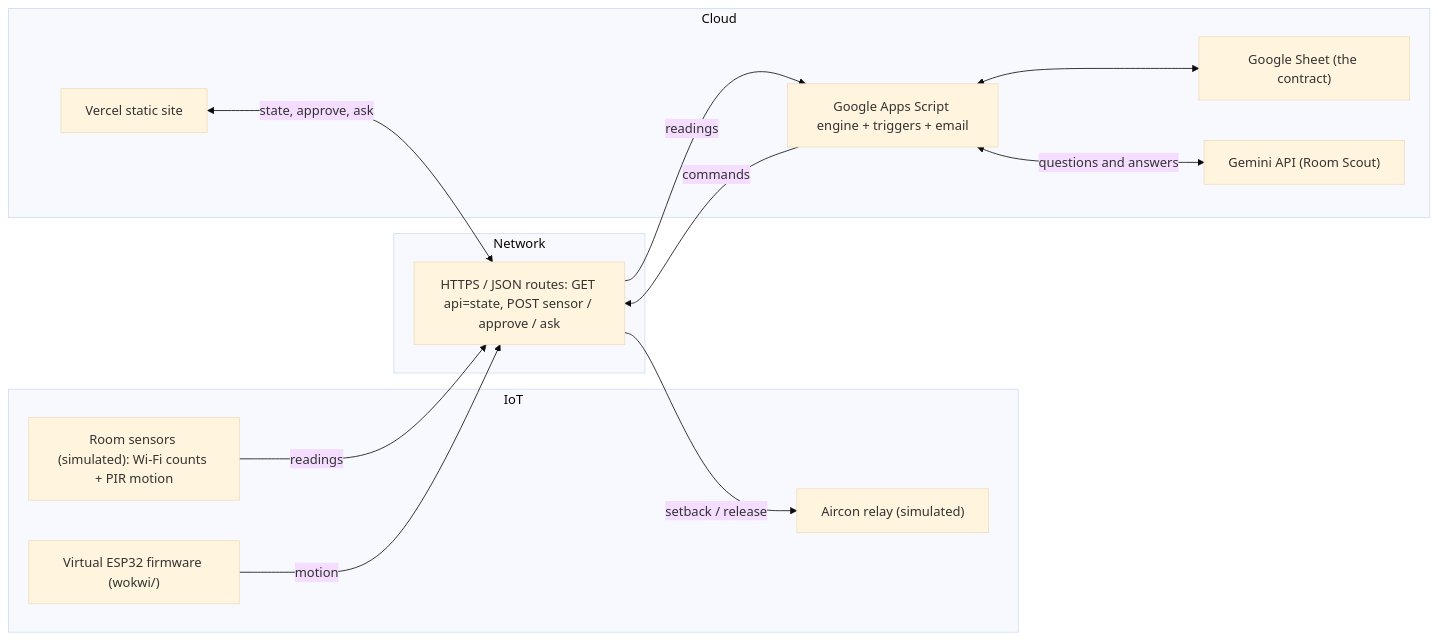
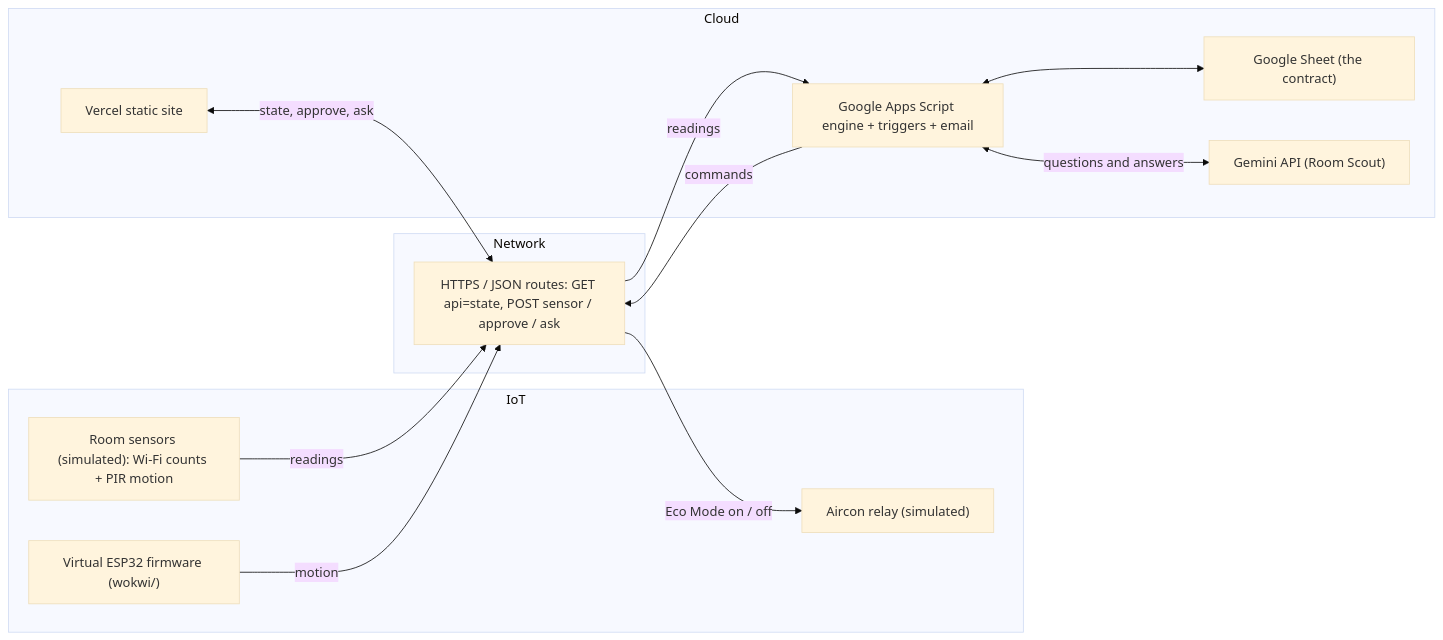
Before and after one commit to Infinite-Unknown/ghostroom: the diagram in README.md, drawn with Mermaid (base theme). The commit also changed other lines of this file and 5 other files, not shown here.

First line of the commit message:
Site redesign: Room Scout up front, building beside the room, Eco Mode

````diff
--- a/README.md
+++ b/README.md
@@ -27,25 +27,25 @@
 ```mermaid
 flowchart LR
   subgraph IoT["IoT"]
     SENS["Room sensors (simulated): Wi-Fi counts + PIR motion"]
     RELAY["Aircon relay (simulated)"]
     ESP["Virtual ESP32 firmware (wokwi/)"]
   end
   subgraph NET["Network"]
     API["HTTPS / JSON routes: GET api=state, POST sensor / approve / ask"]
   end
   subgraph CLOUD["Cloud"]
     GAS["Google Apps Script engine + triggers + email"]
     SHEET["Google Sheet (the contract)"]
     GEM["Gemini API (Room Scout)"]
     WEB["Vercel static site"]
   end
   SENS -->|readings| API
   ESP -->|motion| API
   API -->|readings| GAS
   GAS <--> SHEET
   GAS <-->|questions and answers| GEM
   GAS -->|commands| API
-  API -->|setback / release| RELAY
+  API -->|Eco Mode on / off| RELAY
   WEB <-->|state, approve, ask| API
 ```
````
